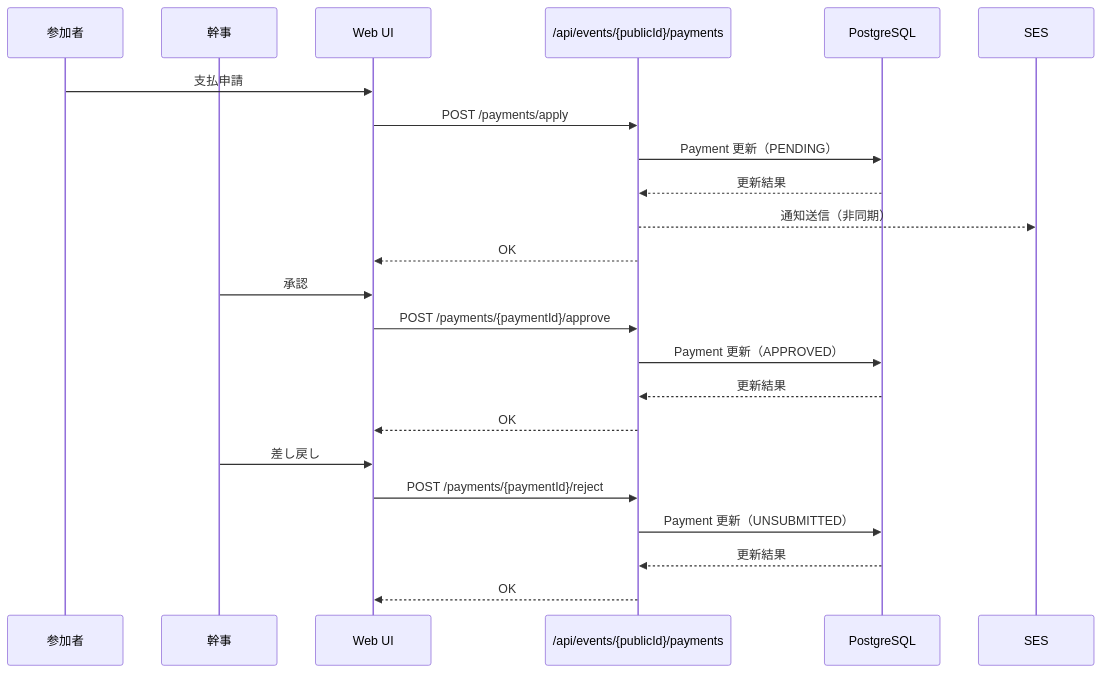
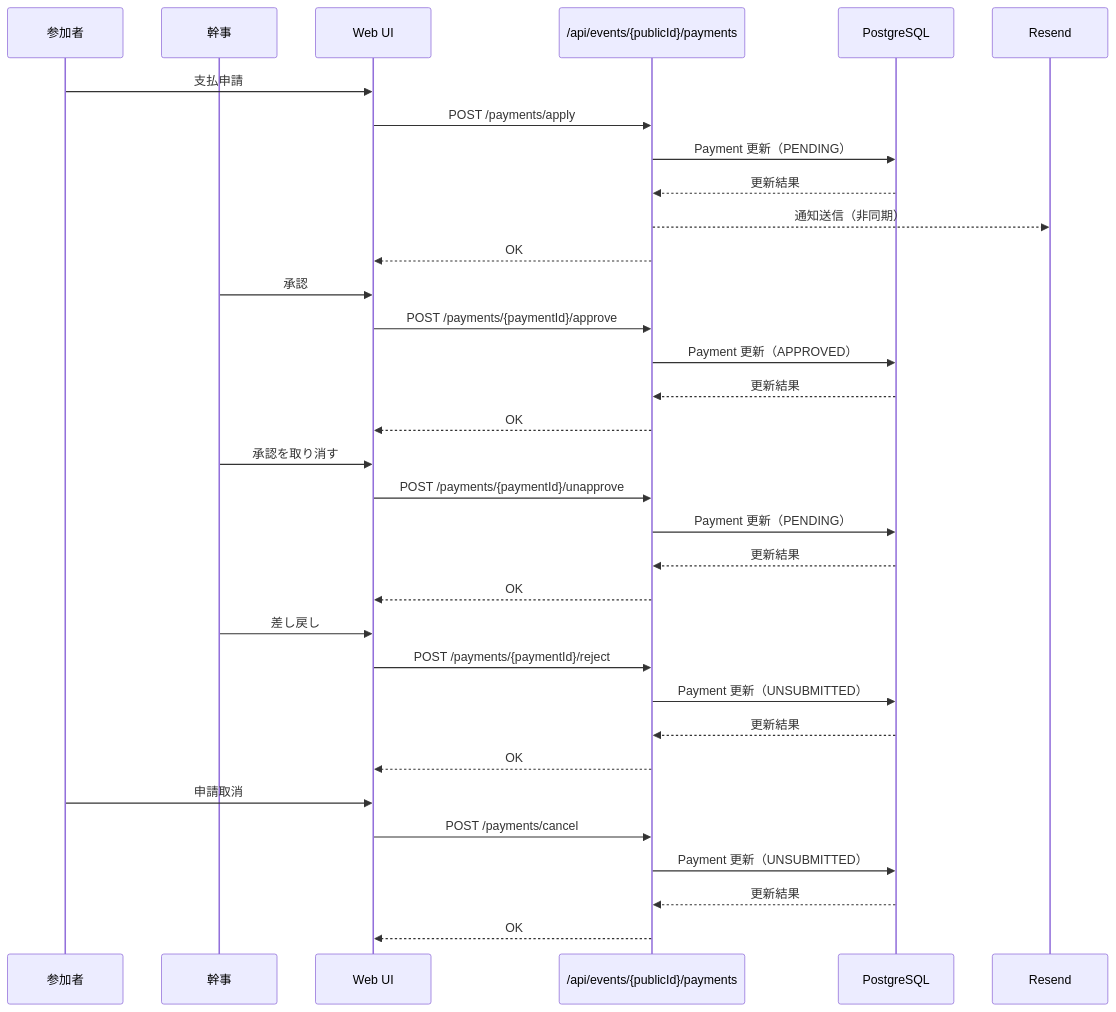
The diagram in docs/diagrams/flow-payment.md (tojiinoue/kanjikun), drawn with Mermaid before and after one commit. The commit also changed 48 other files, not shown here.

````diff
--- a/docs/diagrams/flow-payment.md
+++ b/docs/diagrams/flow-payment.md
@@ -3,28 +3,40 @@
 ```mermaid
 sequenceDiagram
   participant P as 参加者
   participant A as 幹事
   participant UI as Web UI
   participant API as /api/events/{publicId}/payments
   participant DB as PostgreSQL
-  participant Mail as SES
+  participant Mail as Resend
 
   P->>UI: 支払申請
   UI->>API: POST /payments/apply
   API->>DB: Payment 更新（PENDING）
   DB-->>API: 更新結果
   API-->>Mail: 通知送信（非同期）
   API-->>UI: OK
 
   A->>UI: 承認
   UI->>API: POST /payments/{paymentId}/approve
   API->>DB: Payment 更新（APPROVED）
   DB-->>API: 更新結果
   API-->>UI: OK
 
+  A->>UI: 承認を取り消す
+  UI->>API: POST /payments/{paymentId}/unapprove
+  API->>DB: Payment 更新（PENDING）
+  DB-->>API: 更新結果
+  API-->>UI: OK
+
   A->>UI: 差し戻し
   UI->>API: POST /payments/{paymentId}/reject
   API->>DB: Payment 更新（UNSUBMITTED）
   DB-->>API: 更新結果
   API-->>UI: OK
+
+  P->>UI: 申請取消
+  UI->>API: POST /payments/cancel
+  API->>DB: Payment 更新（UNSUBMITTED）
+  DB-->>API: 更新結果
+  API-->>UI: OK
 ```
````
